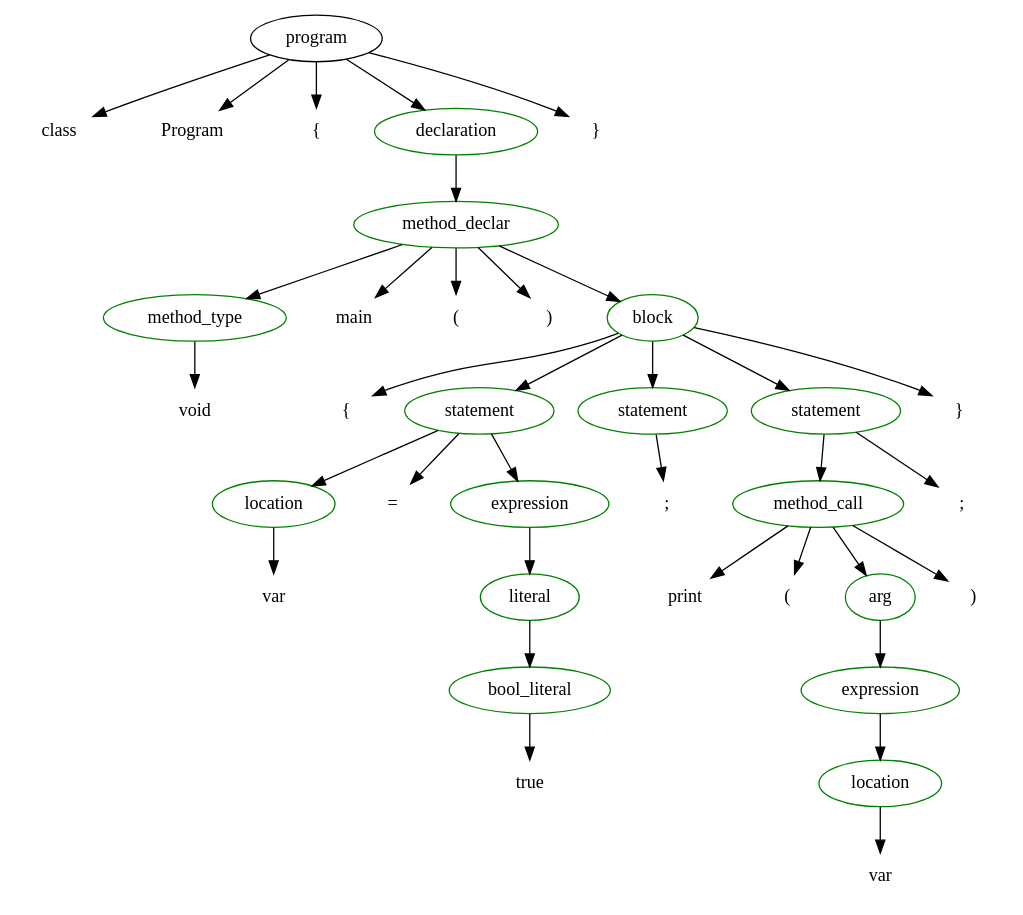
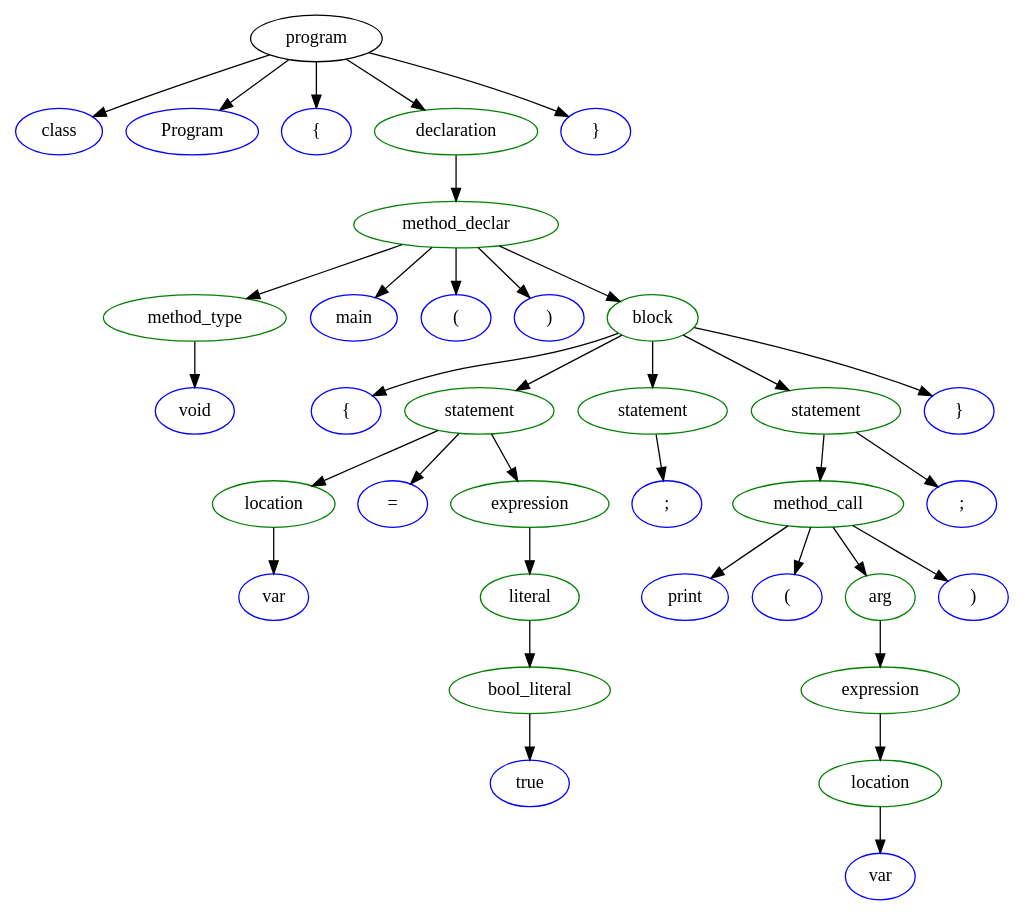
One commit to MaaarcosG/compiler changed the diagram in Trees/tree_input.gv. Above: the diagram before and after it, drawn with Graphviz. The commit also changed 2 other files, not shown here.

```diff
--- a/Trees/tree_input.gv
+++ b/Trees/tree_input.gv
@@ -1,72 +1,72 @@
 // Trees/tree_input.gv
 digraph "Trees/tree_input" {
 	0 [label=program]
-	1 [label=class color=white]
+	1 [label=class color=blue]
 	0 -> 1
-	2 [label=Program color=white]
+	2 [label=Program color=blue]
 	0 -> 2
-	3 [label="{" color=white]
+	3 [label="{" color=blue]
 	0 -> 3
 	4 [label=declaration color=green]
 	0 -> 4
 	5 [label=method_declar color=green]
 	4 -> 5
 	6 [label=method_type color=green]
 	5 -> 6
-	7 [label=void color=white]
+	7 [label=void color=blue]
 	6 -> 7
-	8 [label=main color=white]
+	8 [label=main color=blue]
 	5 -> 8
-	9 [label="(" color=white]
+	9 [label="(" color=blue]
 	5 -> 9
-	10 [label=")" color=white]
+	10 [label=")" color=blue]
 	5 -> 10
 	11 [label=block color=green]
 	5 -> 11
-	12 [label="{" color=white]
+	12 [label="{" color=blue]
 	11 -> 12
 	13 [label=statement color=green]
 	11 -> 13
 	14 [label=location color=green]
 	13 -> 14
-	15 [label=var color=white]
+	15 [label=var color=blue]
 	14 -> 15
-	16 [label="=" color=white]
+	16 [label="=" color=blue]
 	13 -> 16
 	17 [label=expression color=green]
 	13 -> 17
 	18 [label=literal color=green]
 	17 -> 18
 	19 [label=bool_literal color=green]
 	18 -> 19
-	20 [label=true color=white]
+	20 [label=true color=blue]
 	19 -> 20
 	21 [label=statement color=green]
 	11 -> 21
-	22 [label=";" color=white]
+	22 [label=";" color=blue]
 	21 -> 22
 	23 [label=statement color=green]
 	11 -> 23
 	24 [label=method_call color=green]
 	23 -> 24
-	25 [label=print color=white]
+	25 [label=print color=blue]
 	24 -> 25
-	26 [label="(" color=white]
+	26 [label="(" color=blue]
 	24 -> 26
 	27 [label=arg color=green]
 	24 -> 27
 	28 [label=expression color=green]
 	27 -> 28
 	29 [label=location color=green]
 	28 -> 29
-	30 [label=var color=white]
+	30 [label=var color=blue]
 	29 -> 30
-	31 [label=")" color=white]
+	31 [label=")" color=blue]
 	24 -> 31
-	32 [label=";" color=white]
+	32 [label=";" color=blue]
 	23 -> 32
-	33 [label="}" color=white]
+	33 [label="}" color=blue]
 	11 -> 33
-	34 [label="}" color=white]
+	34 [label="}" color=blue]
 	0 -> 34
 }
```
